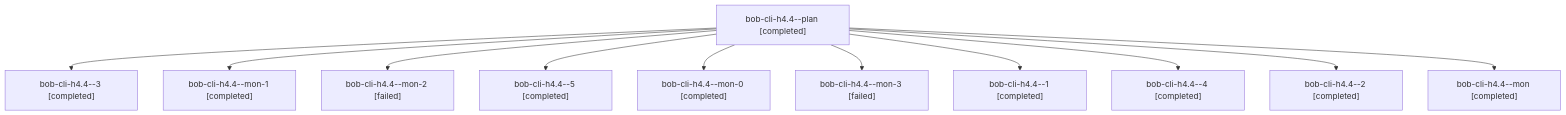
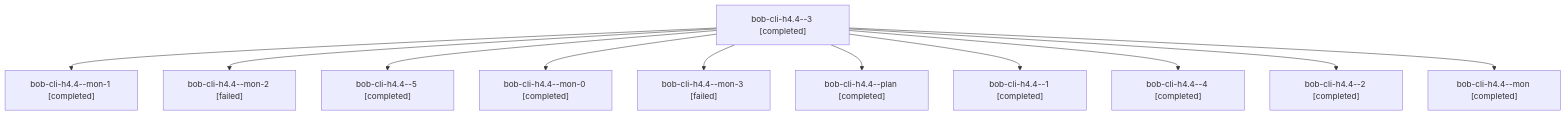
One commit to bobs-org/bob-cli--agents changed the diagram in sessions/bbugyi200.athena.bob-cli-h4.4.md. Above: the diagram before and after it, drawn with Mermaid. The commit also changed other lines of this file and 104 other files, not shown here.

````diff
--- a/sessions/bbugyi200.athena.bob-cli-h4.4.md
+++ b/sessions/bbugyi200.athena.bob-cli-h4.4.md
@@ -9,24 +9,24 @@
 ```mermaid
 flowchart TD
-  n0["bob-cli-h4.4--plan [completed]"]
-  n1["bob-cli-h4.4--3 [completed]"]
+  n0["bob-cli-h4.4--3 [completed]"]
+  n1["bob-cli-h4.4--mon-1 [completed]"]
   n0 --> n1
-  n2["bob-cli-h4.4--mon-1 [completed]"]
+  n2["bob-cli-h4.4--mon-2 [failed]"]
   n0 --> n2
-  n3["bob-cli-h4.4--mon-2 [failed]"]
+  n3["bob-cli-h4.4--5 [completed]"]
   n0 --> n3
-  n4["bob-cli-h4.4--5 [completed]"]
+  n4["bob-cli-h4.4--mon-0 [completed]"]
   n0 --> n4
-  n5["bob-cli-h4.4--mon-0 [completed]"]
+  n5["bob-cli-h4.4--mon-3 [failed]"]
   n0 --> n5
-  n6["bob-cli-h4.4--mon-3 [failed]"]
+  n6["bob-cli-h4.4--plan [completed]"]
   n0 --> n6
   n7["bob-cli-h4.4--1 [completed]"]
   n0 --> n7
   n8["bob-cli-h4.4--4 [completed]"]
   n0 --> n8
   n9["bob-cli-h4.4--2 [completed]"]
   n0 --> n9
   n10["bob-cli-h4.4--mon [completed]"]
   n0 --> n10
 ```
````
